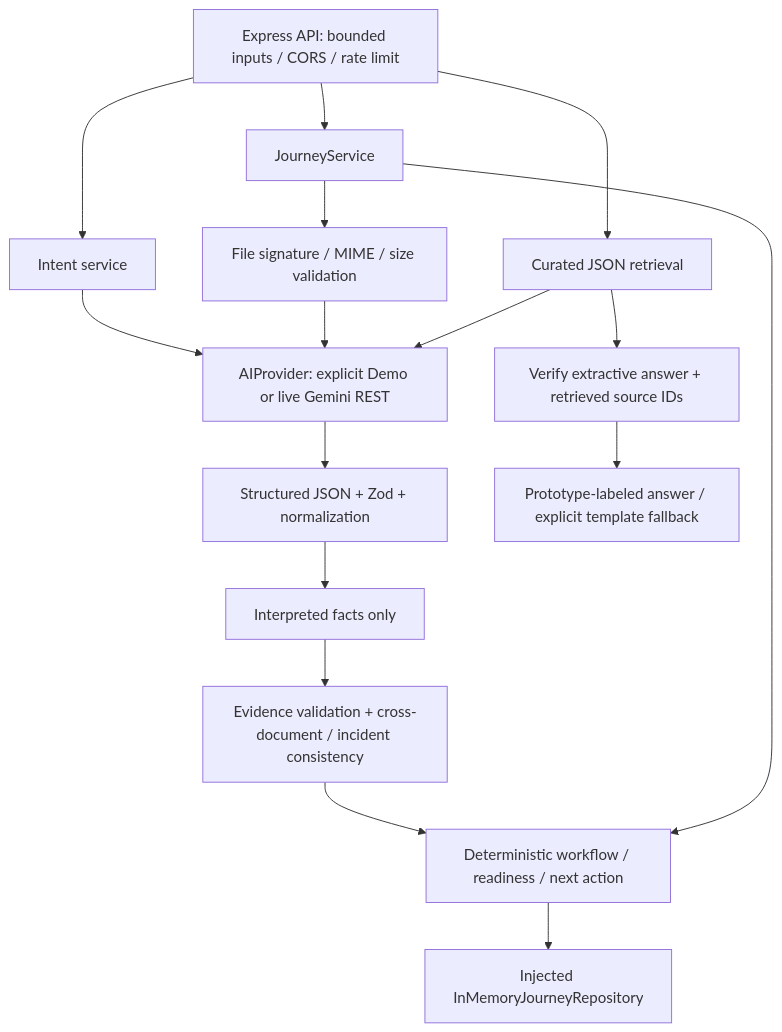
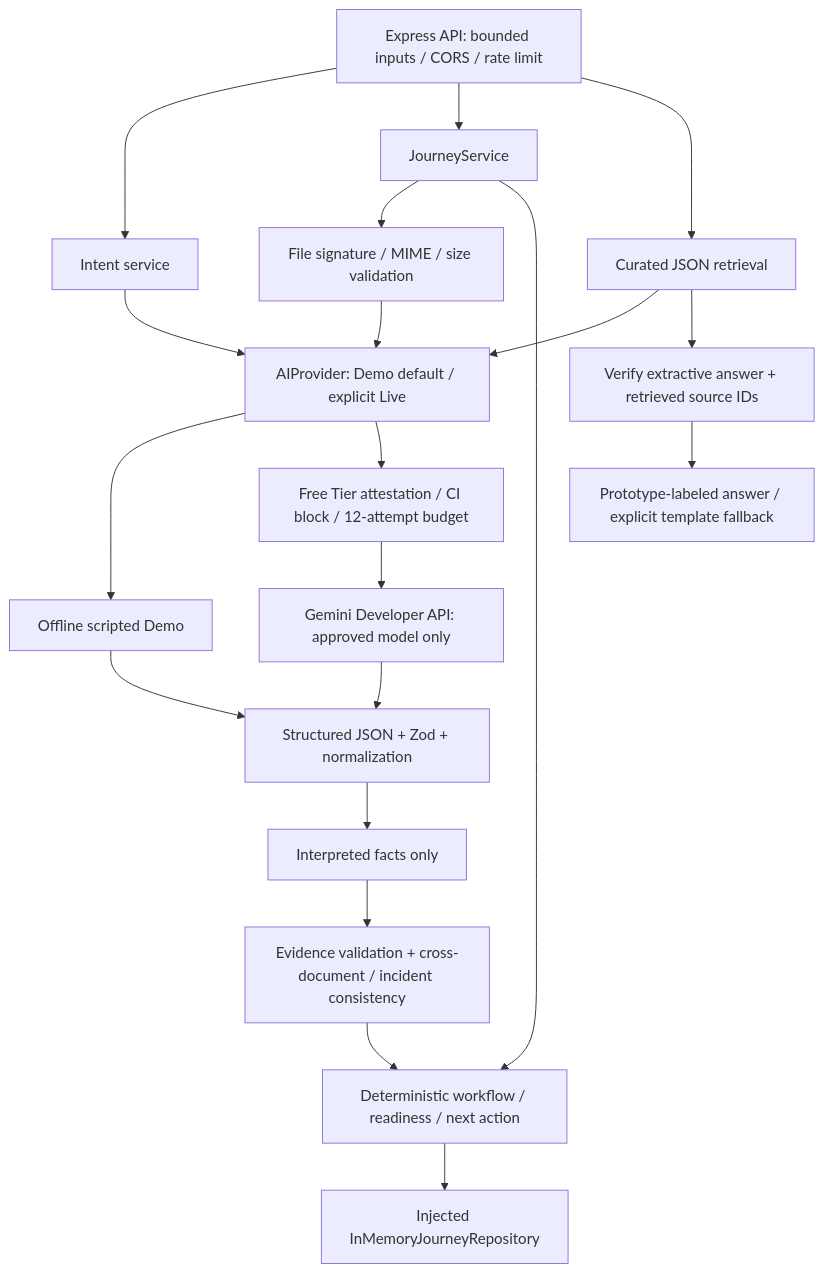
One commit to NAVI-Hackathon/AfterZeroHackathon changed the diagram in docs/architecture.md. Above: the diagram before and after it, drawn with Mermaid. The commit also changed other lines of this file and 30 other files, not shown here.

````diff
--- a/docs/architecture.md
+++ b/docs/architecture.md
@@ -7,18 +7,22 @@
 ```mermaid
 flowchart TD
   HTTP[Express API: bounded inputs / CORS / rate limit] --> Intent[Intent service]
   HTTP --> Journey[JourneyService]
   HTTP --> Knowledge[Curated JSON retrieval]
-  Intent --> AI[AIProvider: explicit Demo or live Gemini REST]
+  Intent --> AI[AIProvider: Demo default / explicit Live]
   Journey --> Documents[File signature / MIME / size validation]
   Documents --> AI
   Knowledge --> AI
-  AI --> Schema[Structured JSON + Zod + normalization]
+  AI --> Demo[Offline scripted Demo]
+  AI --> Guard[Free Tier attestation / CI block / 12-attempt budget]
+  Guard --> Gemini[Gemini Developer API: approved model only]
+  Gemini --> Schema[Structured JSON + Zod + normalization]
+  Demo --> Schema
   Schema --> Facts[Interpreted facts only]
   Facts --> Validation[Evidence validation + cross-document / incident consistency]
   Validation --> Rules[Deterministic workflow / readiness / next action]
   Journey --> Rules
   Rules --> Repo[Injected InMemoryJourneyRepository]
   Knowledge --> Grounding[Verify extractive answer + retrieved source IDs]
   Grounding --> Answer[Prototype-labeled answer / explicit template fallback]
 ```
````
